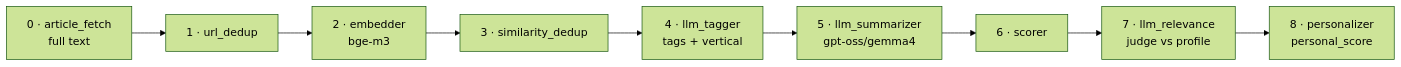
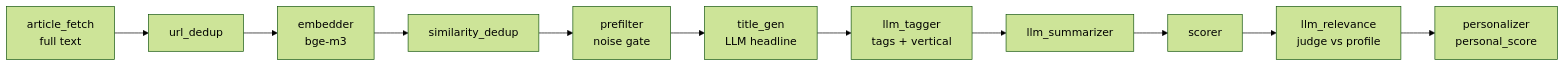
Before and after one commit to dream-x/homyak: the second of 2 diagrams in README.md, drawn with Mermaid (forest theme). The commit also changed other lines of this file and 3 other files, not shown here.

First line of the commit message:
docs: refresh README + architecture (EN/RU) — search, LLM wiki, GitHub, title/lang

````diff
--- a/README.md
+++ b/README.md
@@ -78,8 +90,9 @@
 ```mermaid
 flowchart LR
-    A["0 · article_fetch<br/>full text"] --> B["1 · url_dedup"]
-    B --> C["2 · embedder<br/>bge-m3"] --> D["3 · similarity_dedup"]
-    D --> E["4 · llm_tagger<br/>tags + vertical"] --> F["5 · llm_summarizer<br/>gpt-oss/gemma4"]
-    F --> G["6 · scorer"] --> H["7 · llm_relevance<br/>judge vs profile"]
-    H --> I["8 · personalizer<br/>personal_score"]
+    A["article_fetch<br/>full text"] --> B["url_dedup"]
+    B --> C["embedder<br/>bge-m3"] --> D["similarity_dedup"]
+    D --> P["prefilter<br/>noise gate"] --> T["title_gen<br/>LLM headline"]
+    T --> E["llm_tagger<br/>tags + vertical"] --> F["llm_summarizer"]
+    F --> G["scorer"] --> H["llm_relevance<br/>judge vs profile"]
+    H --> I["personalizer<br/>personal_score"]
 ```
````
